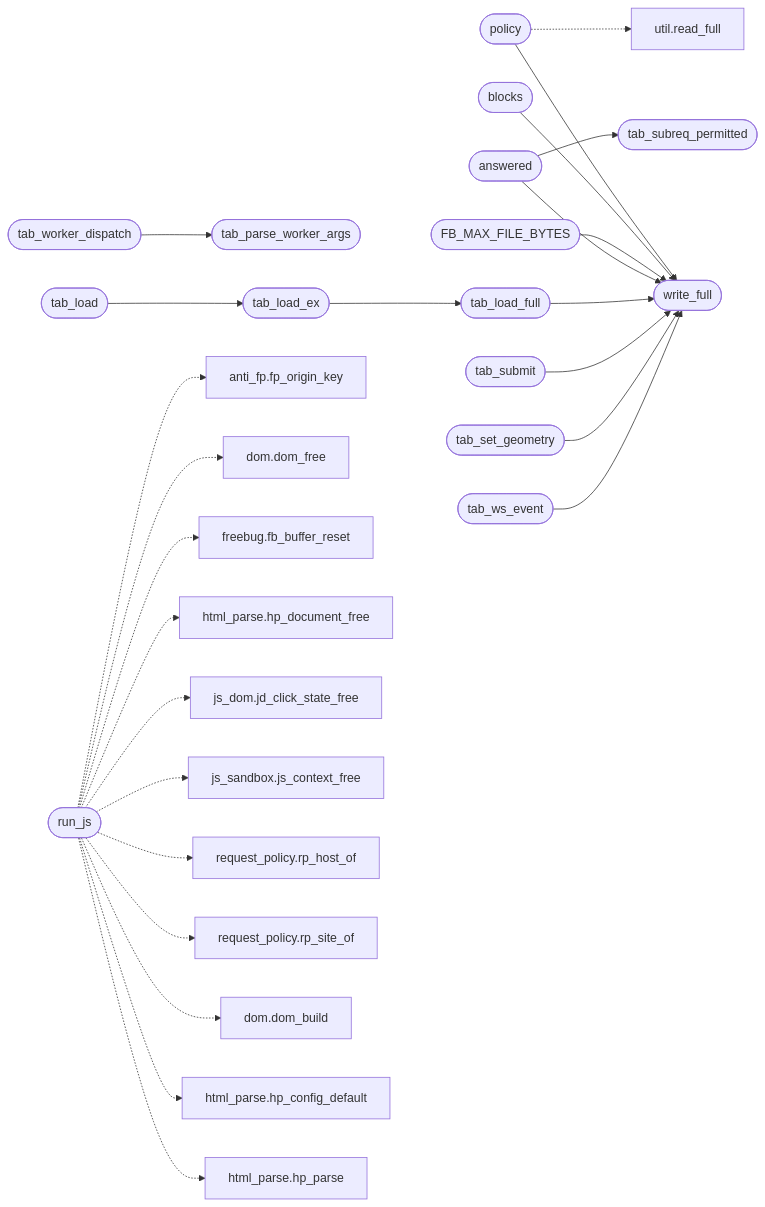
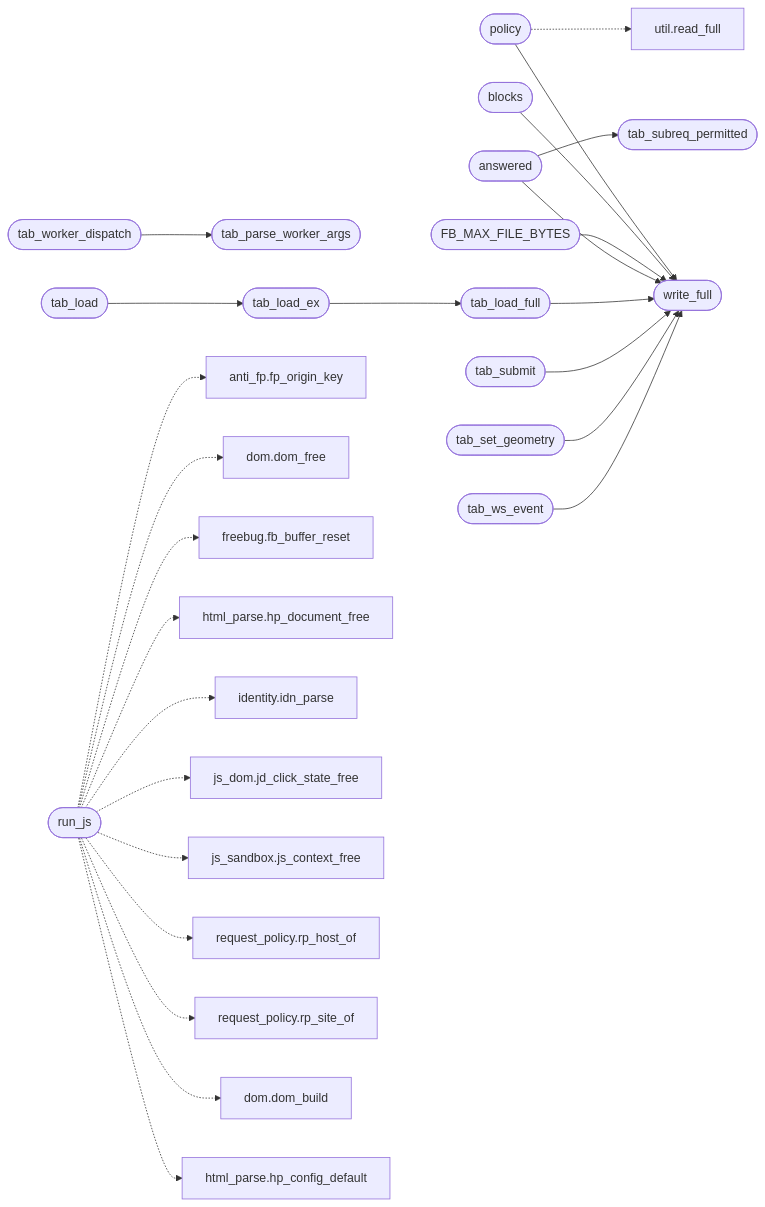
One commit to grisuno/FreeDom changed the second of 2 diagrams in readmenator-apidocs/modules/src.tab.c.md. Above: the diagram before and after it, drawn with Mermaid. The commit also changed other lines of this file and 253 other files, not shown here.

````diff
--- a/readmenator-apidocs/modules/src.tab.c.md
+++ b/readmenator-apidocs/modules/src.tab.c.md
@@ -27,54 +27,54 @@
 ```mermaid
 flowchart LR
     n_src_tab_c__policy(["policy"])
     n_src_tab_c__write_full(["write_full"])
     n_src_tab_c__blocks(["blocks"])
     n_src_tab_c__FB_MAX_FILE_BYTES(["FB_MAX_FILE_BYTES"])
     n_src_tab_c__tab_worker_dispatch(["tab_worker_dispatch"])
     n_src_tab_c__tab_parse_worker_args(["tab_parse_worker_args"])
     n_src_tab_c__answered(["answered"])
     n_src_tab_c__tab_subreq_permitted(["tab_subreq_permitted"])
     n_src_tab_c__tab_load(["tab_load"])
     n_src_tab_c__tab_load_ex(["tab_load_ex"])
     n_src_tab_c__tab_load_full(["tab_load_full"])
     n_src_tab_c__tab_submit(["tab_submit"])
     n_src_tab_c__tab_set_geometry(["tab_set_geometry"])
     n_src_tab_c__tab_ws_event(["tab_ws_event"])
     n_include_util_h__read_full["util.read_full"]
     n_src_tab_c__run_js(["run_js"])
     n_include_anti_fp_h__fp_origin_key["anti_fp.fp_origin_key"]
     n_include_dom_h__dom_free["dom.dom_free"]
     n_include_freebug_h__fb_buffer_reset["freebug.fb_buffer_reset"]
     n_include_html_parse_h__hp_document_free["html_parse.hp_document_free"]
+    n_include_identity_h__idn_parse["identity.idn_parse"]
     n_include_js_dom_h__jd_click_state_free["js_dom.jd_click_state_free"]
     n_include_js_sandbox_h__js_context_free["js_sandbox.js_context_free"]
     n_include_request_policy_h__rp_host_of["request_policy.rp_host_of"]
     n_include_request_policy_h__rp_site_of["request_policy.rp_site_of"]
     n_src_dom_c__dom_build["dom.dom_build"]
     n_src_html_parse_c__hp_config_default["html_parse.hp_config_default"]
-    n_src_html_parse_c__hp_parse["html_parse.hp_parse"]
     n_src_tab_c__policy --> n_src_tab_c__write_full
     n_src_tab_c__blocks --> n_src_tab_c__write_full
     n_src_tab_c__FB_MAX_FILE_BYTES --> n_src_tab_c__write_full
     n_src_tab_c__tab_worker_dispatch --> n_src_tab_c__tab_parse_worker_args
     n_src_tab_c__answered --> n_src_tab_c__tab_subreq_permitted
     n_src_tab_c__answered --> n_src_tab_c__write_full
     n_src_tab_c__tab_load --> n_src_tab_c__tab_load_ex
     n_src_tab_c__tab_load_ex --> n_src_tab_c__tab_load_full
     n_src_tab_c__tab_load_full --> n_src_tab_c__write_full
     n_src_tab_c__tab_submit --> n_src_tab_c__write_full
     n_src_tab_c__tab_set_geometry --> n_src_tab_c__write_full
     n_src_tab_c__tab_ws_event --> n_src_tab_c__write_full
     n_src_tab_c__policy -.-> n_include_util_h__read_full
     n_src_tab_c__run_js -.-> n_include_anti_fp_h__fp_origin_key
     n_src_tab_c__run_js -.-> n_include_dom_h__dom_free
     n_src_tab_c__run_js -.-> n_include_freebug_h__fb_buffer_reset
     n_src_tab_c__run_js -.-> n_include_html_parse_h__hp_document_free
+    n_src_tab_c__run_js -.-> n_include_identity_h__idn_parse
     n_src_tab_c__run_js -.-> n_include_js_dom_h__jd_click_state_free
     n_src_tab_c__run_js -.-> n_include_js_sandbox_h__js_context_free
     n_src_tab_c__run_js -.-> n_include_request_policy_h__rp_host_of
     n_src_tab_c__run_js -.-> n_include_request_policy_h__rp_site_of
     n_src_tab_c__run_js -.-> n_src_dom_c__dom_build
     n_src_tab_c__run_js -.-> n_src_html_parse_c__hp_config_default
-    n_src_tab_c__run_js -.-> n_src_html_parse_c__hp_parse
 ```
````
